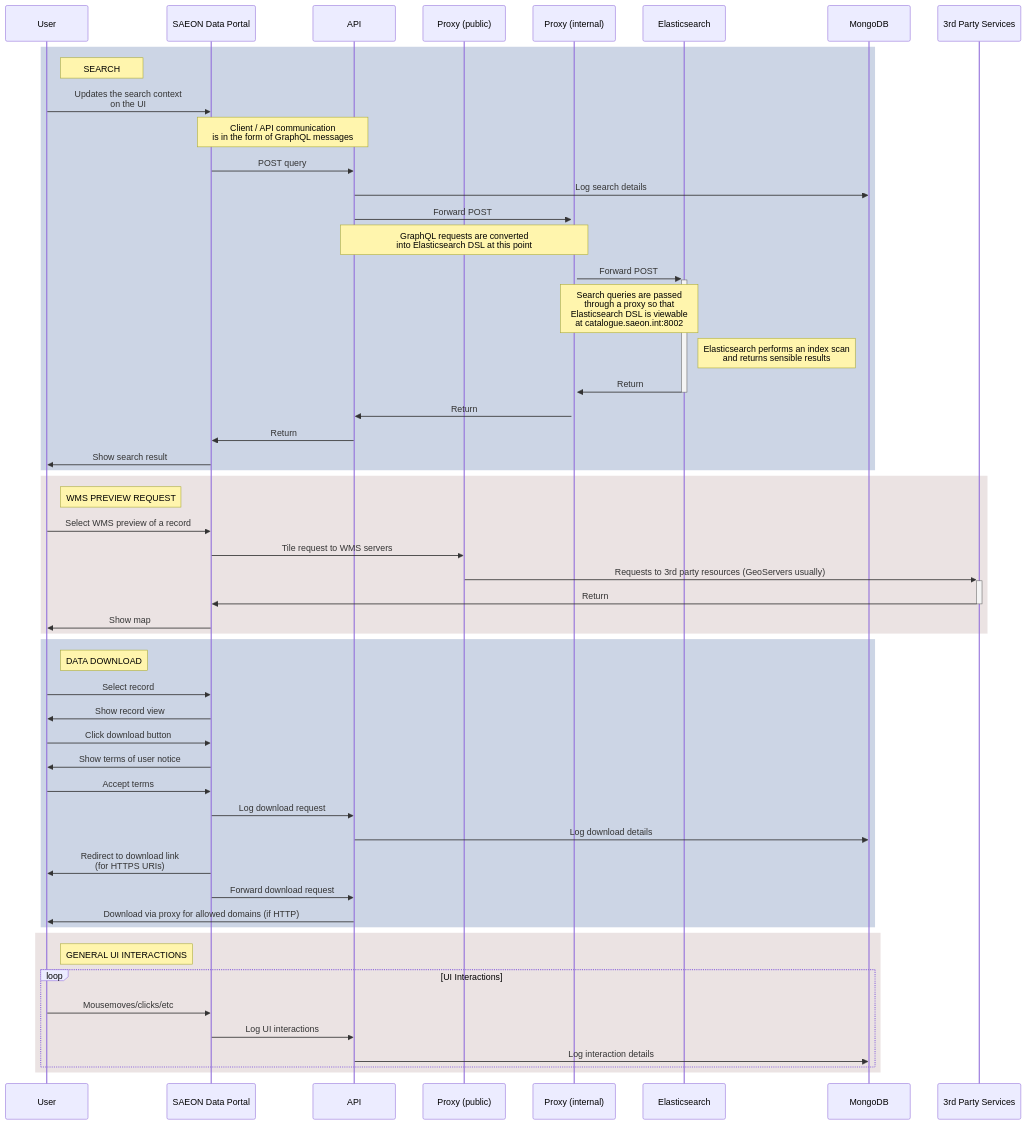
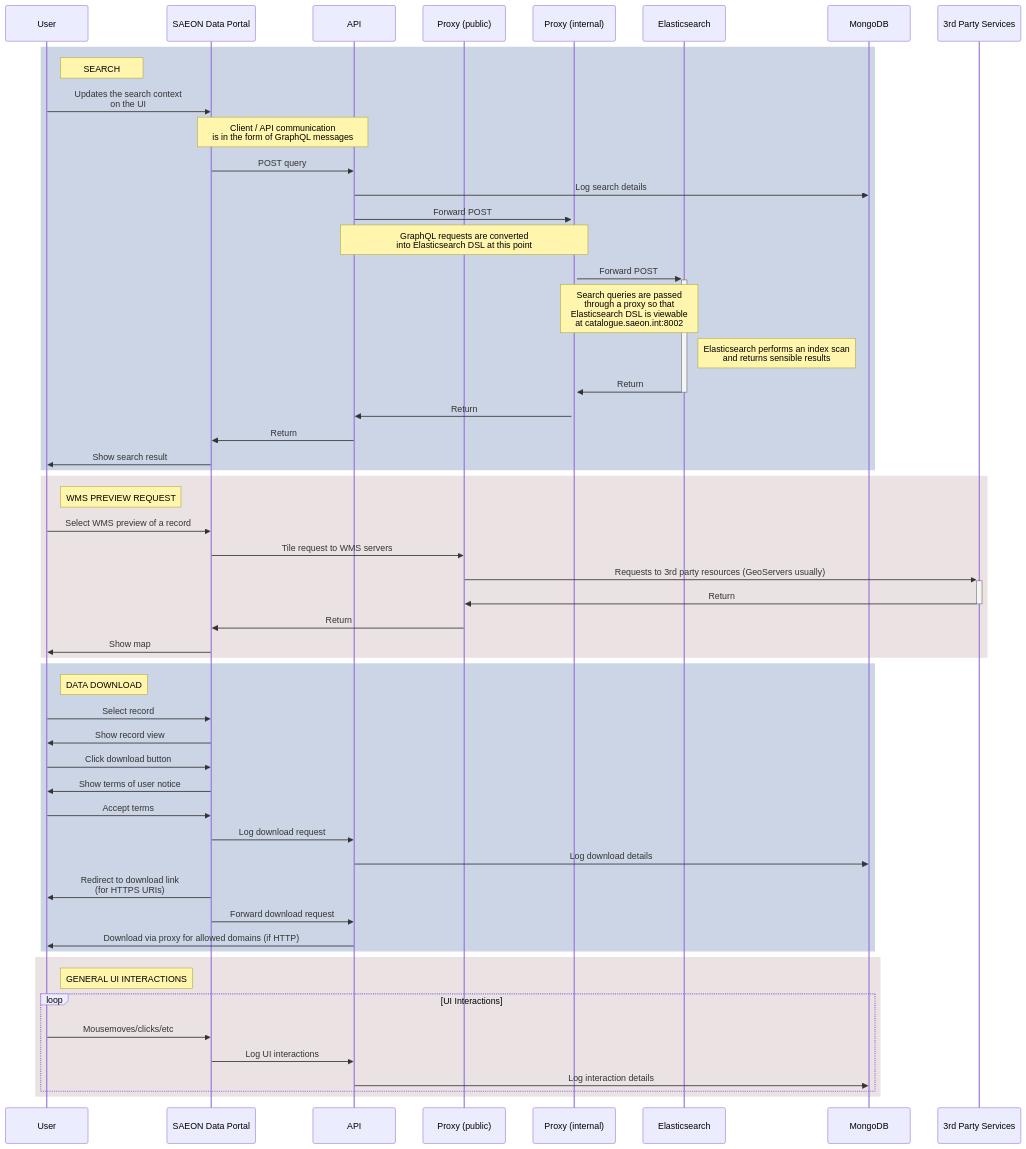
One commit to SAEON/data-portal changed the diagram in diagrams/src/client-scenarios.mmd. Above: the diagram before and after it, drawn with Mermaid. The commit also changed 1 other file, not shown here.

Commit message:
Updated client-scenarios diagram

```diff
--- a/diagrams/src/client-scenarios.mmd
+++ b/diagrams/src/client-scenarios.mmd
@@ -1,59 +1,60 @@
 sequenceDiagram
 
     participant user as User
     participant client as SAEON Data Portal
     participant api as API
     participant proxy_external as Proxy (public)
     participant proxy_internal as Proxy (internal)
     participant es as Elasticsearch
     participant mongo as MongoDB
     participant external_services as 3rd Party Services
 
     rect rgba(0, 45,124, 0.2)
       Note right of user: SEARCH
       user->>client: Updates the search context <br />on the UI
       Note over client,api: Client / API communication <br /> is in the form of GraphQL messages
       client->>api: POST query
       api->>mongo: Log search details
       api->>+proxy_internal: Forward POST
       Note over api,proxy_internal: GraphQL requests are converted <br />into Elasticsearch DSL at this point
       proxy_internal->>+es: Forward POST
       Note over proxy_internal,es: Search queries are passed<br /> through a proxy so that<br /> Elasticsearch DSL is viewable<br /> at catalogue.saeon.int:8002 
       Note right of es: Elasticsearch performs an index scan <br /> and returns sensible results
       es->>-proxy_internal: Return
       proxy_internal->>api: Return
       api->>client: Return
       client->>user: Show search result    
     end
 
     rect rgba(155, 115, 115, 0.2)
       Note right of user: WMS PREVIEW REQUEST
       user->>client: Select WMS preview of a record
       client->>proxy_external: Tile request to WMS servers
       proxy_external->>+external_services: Requests to 3rd party resources (GeoServers usually)
-      external_services->>-client: Return
+      external_services->>-proxy_external: Return
+      proxy_external->>client: Return
       client->>user: Show map    
     end
 
     rect rgba(0, 45,124, 0.2)
       Note right of user: DATA DOWNLOAD
       user->>client: Select record
       client->>user: Show record view
       user->>client: Click download button
       client->>user: Show terms of user notice
       user->>client: Accept terms
       client->>api: Log download request
       api->>mongo: Log download details
       client->>user: Redirect to download link<br />(for HTTPS URIs)
       client->>api: Forward download request
       api->>user: Download via proxy for allowed domains (if HTTP)    
     end
 
     rect rgba(155, 115, 115, 0.2)
       Note right of user: GENERAL UI INTERACTIONS
       loop UI Interactions
         user->>client: Mousemoves/clicks/etc
         client->>api: Log UI interactions
         api->>mongo: Log interaction details
       end    
     end
```
